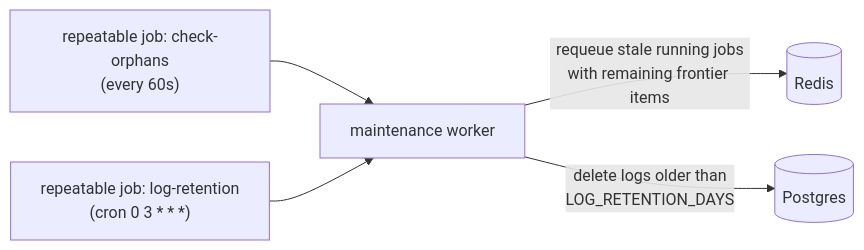
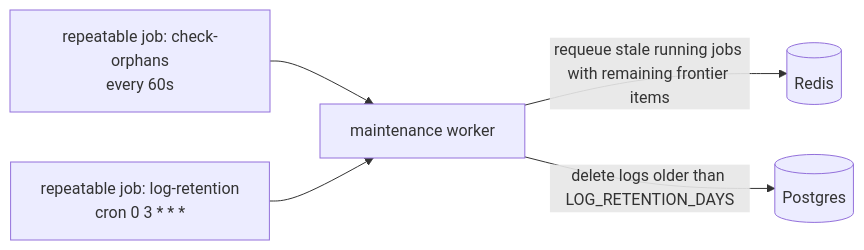
One commit to samuelorobosa/quarry changed the fifth of 5 diagrams in docs/architecture.md. Above: the diagram before and after it, drawn with Mermaid. The commit also changed other lines of this file and 6 other files, not shown here.

Commit message:
feat: update architecture documentation and remove obsolete files

````diff
--- a/docs/architecture.md
+++ b/docs/architecture.md
@@ -132,7 +132,7 @@
 ```mermaid
 flowchart LR
-    T1["repeatable job: check-orphans\n(every 60s)"] --> W[maintenance worker]
-    T2["repeatable job: log-retention\n(cron 0 3 * * *)"] --> W
-    W -->|requeue stale running jobs\nwith remaining frontier items| RD[(Redis)]
-    W -->|delete logs older than\nLOG_RETENTION_DAYS| PG[(Postgres)]
+    T1["repeatable job: check-orphans<br/>every 60s"] --> W[maintenance worker]
+    T2["repeatable job: log-retention<br/>cron 0 3 * * *"] --> W
+    W -->|"requeue stale running jobs with remaining frontier items"| RD[(Redis)]
+    W -->|"delete logs older than LOG_RETENTION_DAYS"| PG[(Postgres)]
 ```
````
